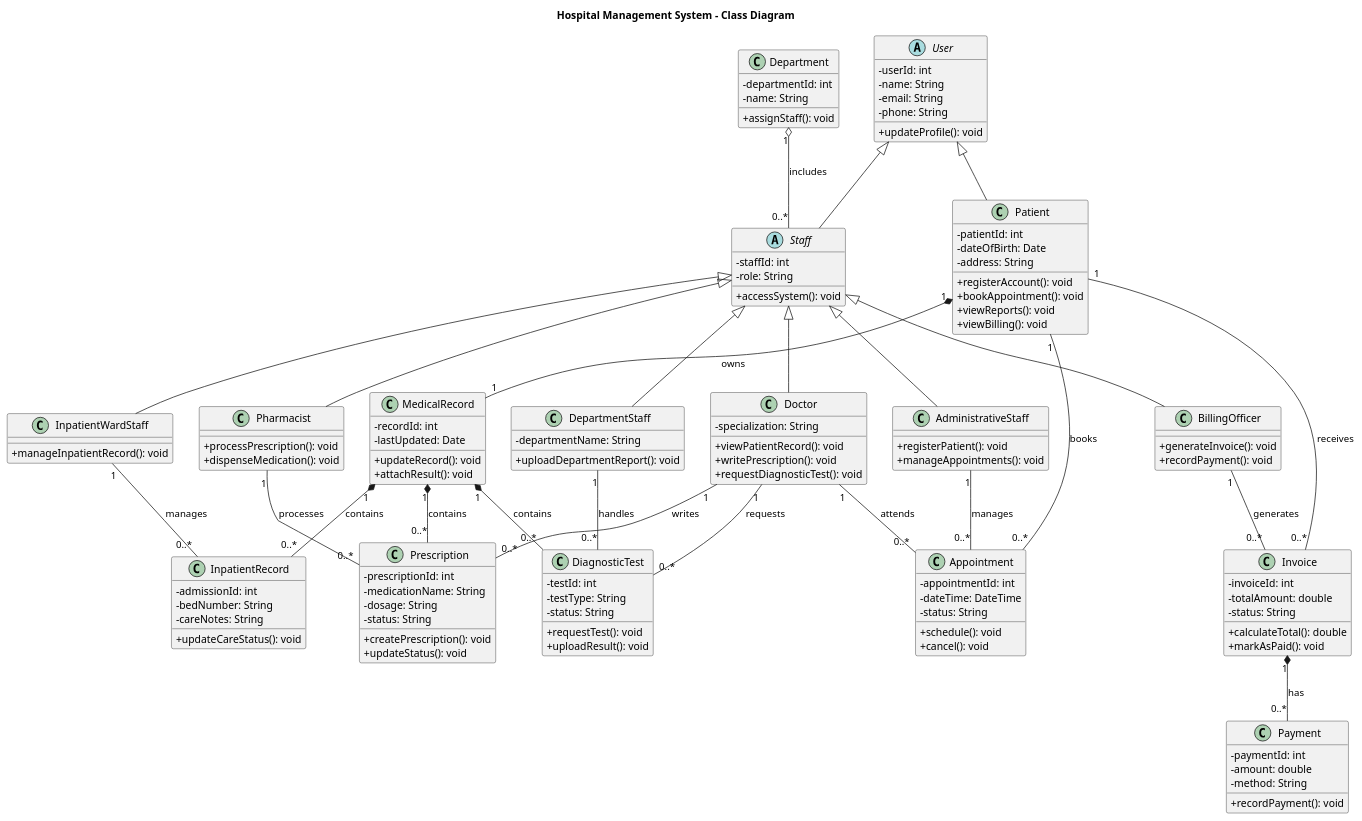
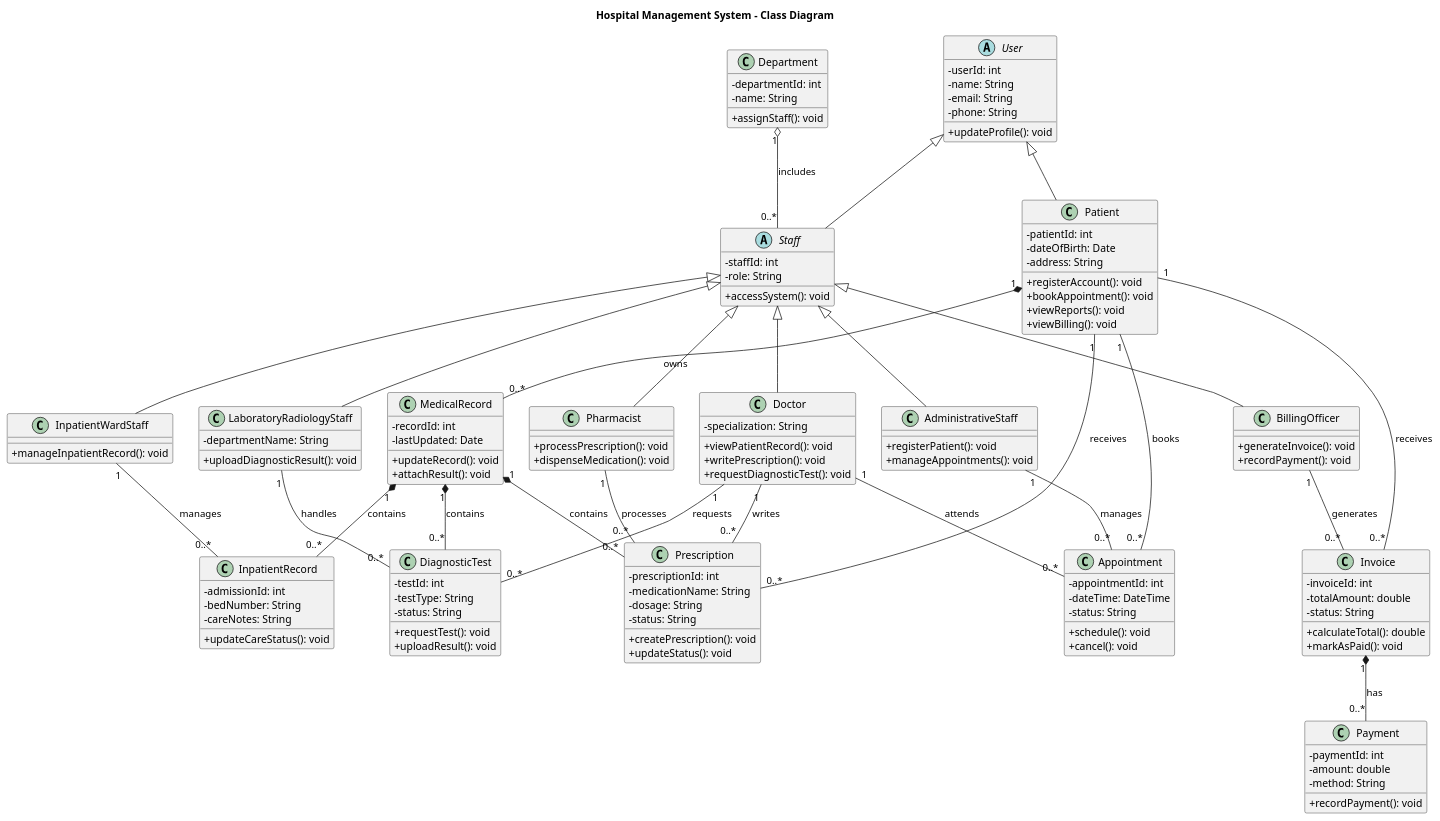
The diagram in uml/class_diagram.puml (hamztion/Software_Project_Group8), drawn with PlantUML before and after one commit. The commit also changed 14 other files, not shown here.

```diff
--- a/uml/class_diagram.puml
+++ b/uml/class_diagram.puml
@@ -1,183 +1,158 @@
 @startuml
 title Hospital Management System - Class Diagram
 
 skinparam backgroundColor white
 skinparam shadowing false
 skinparam classAttributeIconSize 0
 skinparam defaultTextAlignment center
-
-' =========================
-' Users and Staff
-' =========================
 
 abstract class User {
   - userId: int
   - name: String
   - email: String
   - phone: String
   + updateProfile(): void
 }
 
 class Patient {
   - patientId: int
   - dateOfBirth: Date
   - address: String
   + registerAccount(): void
   + bookAppointment(): void
   + viewReports(): void
   + viewBilling(): void
 }
 
 abstract class Staff {
   - staffId: int
   - role: String
   + accessSystem(): void
 }
 
 class Doctor {
   - specialization: String
   + viewPatientRecord(): void
   + writePrescription(): void
   + requestDiagnosticTest(): void
 }
 
 class AdministrativeStaff {
   + registerPatient(): void
   + manageAppointments(): void
 }
 
 class BillingOfficer {
   + generateInvoice(): void
   + recordPayment(): void
 }
 
-class DepartmentStaff {
+class LaboratoryRadiologyStaff {
   - departmentName: String
-  + uploadDepartmentReport(): void
+  + uploadDiagnosticResult(): void
 }
 
 class Pharmacist {
   + processPrescription(): void
   + dispenseMedication(): void
 }
 
 class InpatientWardStaff {
   + manageInpatientRecord(): void
 }
-
-' =========================
-' Main Hospital Records
-' =========================
 
 class Appointment {
   - appointmentId: int
   - dateTime: DateTime
   - status: String
   + schedule(): void
   + cancel(): void
 }
 
 class MedicalRecord {
   - recordId: int
   - lastUpdated: Date
   + updateRecord(): void
   + attachResult(): void
 }
 
 class DiagnosticTest {
   - testId: int
   - testType: String
   - status: String
   + requestTest(): void
   + uploadResult(): void
 }
 
 class Prescription {
   - prescriptionId: int
   - medicationName: String
   - dosage: String
   - status: String
   + createPrescription(): void
   + updateStatus(): void
 }
 
 class Invoice {
   - invoiceId: int
   - totalAmount: double
   - status: String
   + calculateTotal(): double
   + markAsPaid(): void
 }
 
 class Payment {
   - paymentId: int
   - amount: double
   - method: String
   + recordPayment(): void
 }
 
 class InpatientRecord {
   - admissionId: int
   - bedNumber: String
   - careNotes: String
   + updateCareStatus(): void
 }
 
 class Department {
   - departmentId: int
   - name: String
   + assignStaff(): void
 }
 
-' =========================
-' Generalization / Inheritance
-' =========================
-
 User <|-- Patient
 User <|-- Staff
 
 Staff <|-- Doctor
 Staff <|-- AdministrativeStaff
 Staff <|-- BillingOfficer
-Staff <|-- DepartmentStaff
+Staff <|-- LaboratoryRadiologyStaff
 Staff <|-- Pharmacist
 Staff <|-- InpatientWardStaff
-
-' =========================
-' Associations
-' =========================
 
 Patient "1" -- "0..*" Appointment : books
 Doctor "1" -- "0..*" Appointment : attends
 AdministrativeStaff "1" -- "0..*" Appointment : manages
 
 Doctor "1" -- "0..*" DiagnosticTest : requests
-DepartmentStaff "1" -- "0..*" DiagnosticTest : handles
+LaboratoryRadiologyStaff "1" -- "0..*" DiagnosticTest : handles
 
 Doctor "1" -- "0..*" Prescription : writes
+Patient "1" -- "0..*" Prescription : receives
 Pharmacist "1" -- "0..*" Prescription : processes
 
 BillingOfficer "1" -- "0..*" Invoice : generates
 Patient "1" -- "0..*" Invoice : receives
 
 InpatientWardStaff "1" -- "0..*" InpatientRecord : manages
 
-' =========================
-' Composition
-' Strong ownership
-' =========================
-
-Patient "1" *-- "1" MedicalRecord : owns
+Patient "1" *-- "0..*" MedicalRecord : owns
 MedicalRecord "1" *-- "0..*" DiagnosticTest : contains
 MedicalRecord "1" *-- "0..*" Prescription : contains
 MedicalRecord "1" *-- "0..*" InpatientRecord : contains
 Invoice "1" *-- "0..*" Payment : has
 
-' =========================
-' Aggregation
-' Department can exist without staff
-' =========================
-
 Department "1" o-- "0..*" Staff : includes
 
 @enduml
```
